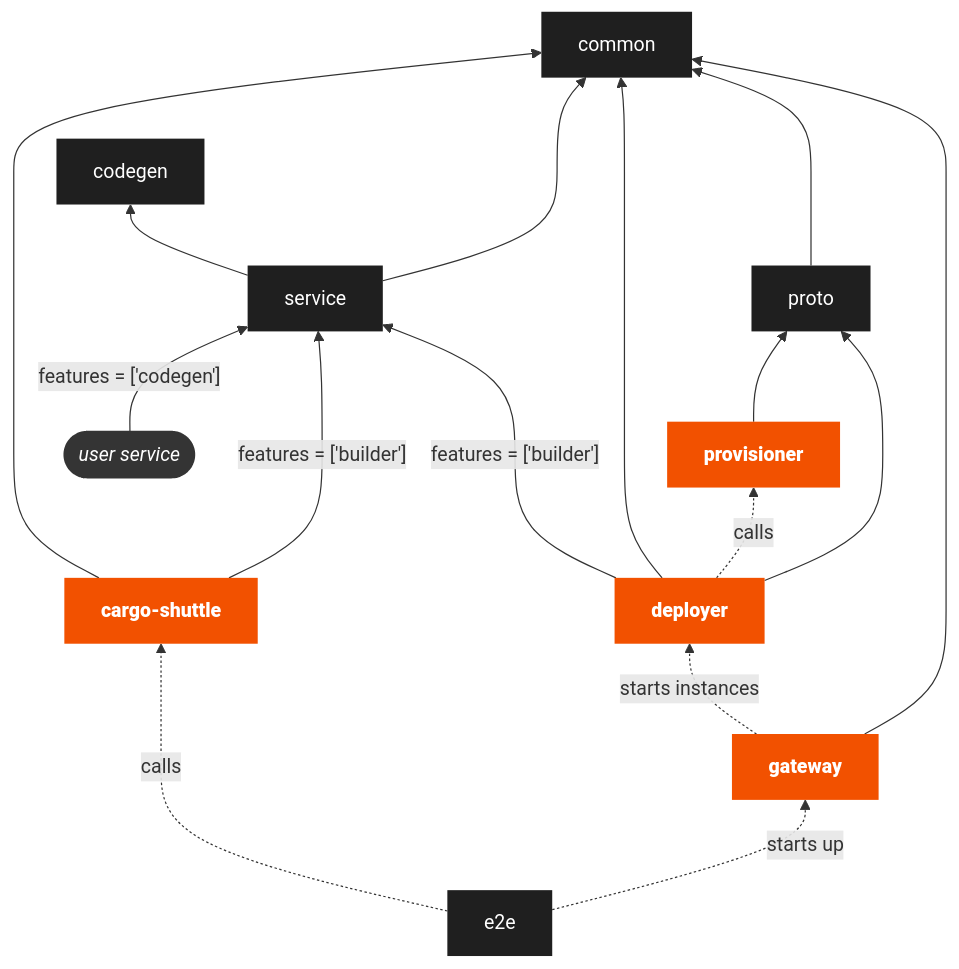
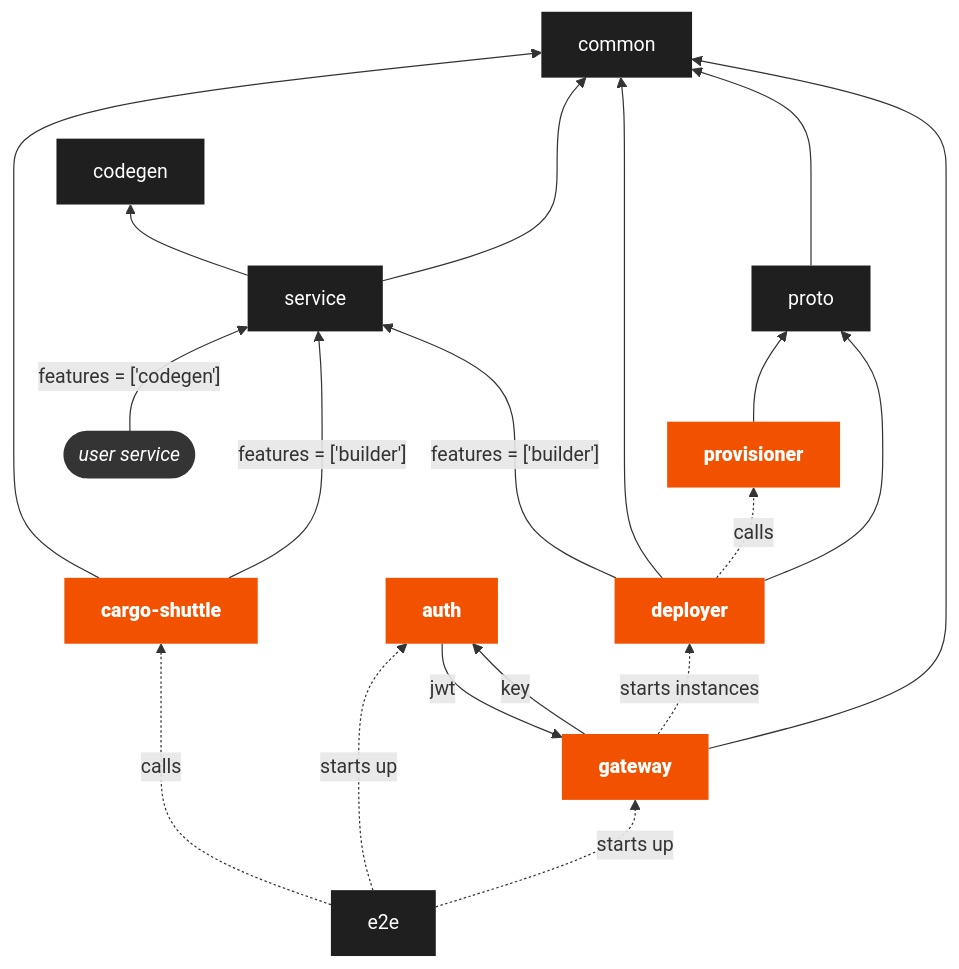
Before and after one commit to shuttle-hq/shuttle: the diagram in CONTRIBUTING.md, drawn with Mermaid.

Commit message:
feat: update mermaid graph

````diff
--- a/CONTRIBUTING.md
+++ b/CONTRIBUTING.md
@@ -216,32 +216,36 @@
 ```mermaid
 graph BT
     classDef default fill:#1f1f1f,stroke-width:0,color:white;
     classDef binary fill:#f25100,font-weight:bolder,stroke-width:0,color:white;
     classDef external fill:#343434,font-style:italic,stroke:#f25100,color:white;
 
     deployer:::binary
     cargo-shuttle:::binary
     common
     codegen
     e2e
     proto
     provisioner:::binary
     service
     gateway:::binary
+    auth:::binary
     user([user service]):::external
     gateway --> common
     gateway -.->|starts instances| deployer
+    gateway -->|key| auth
+    auth -->|jwt| gateway
     deployer --> proto
     deployer -.->|calls| provisioner
     service ---> common
     deployer --> common
     cargo-shuttle --->|"features = ['builder']"| service
     deployer -->|"features = ['builder']"| service
     cargo-shuttle --> common
     service --> codegen
     proto ---> common
     provisioner --> proto
     e2e -.->|starts up| gateway
+    e2e -.->|starts up| auth
     e2e -.->|calls| cargo-shuttle
     user -->|"features = ['codegen']"| service
 ```
````
